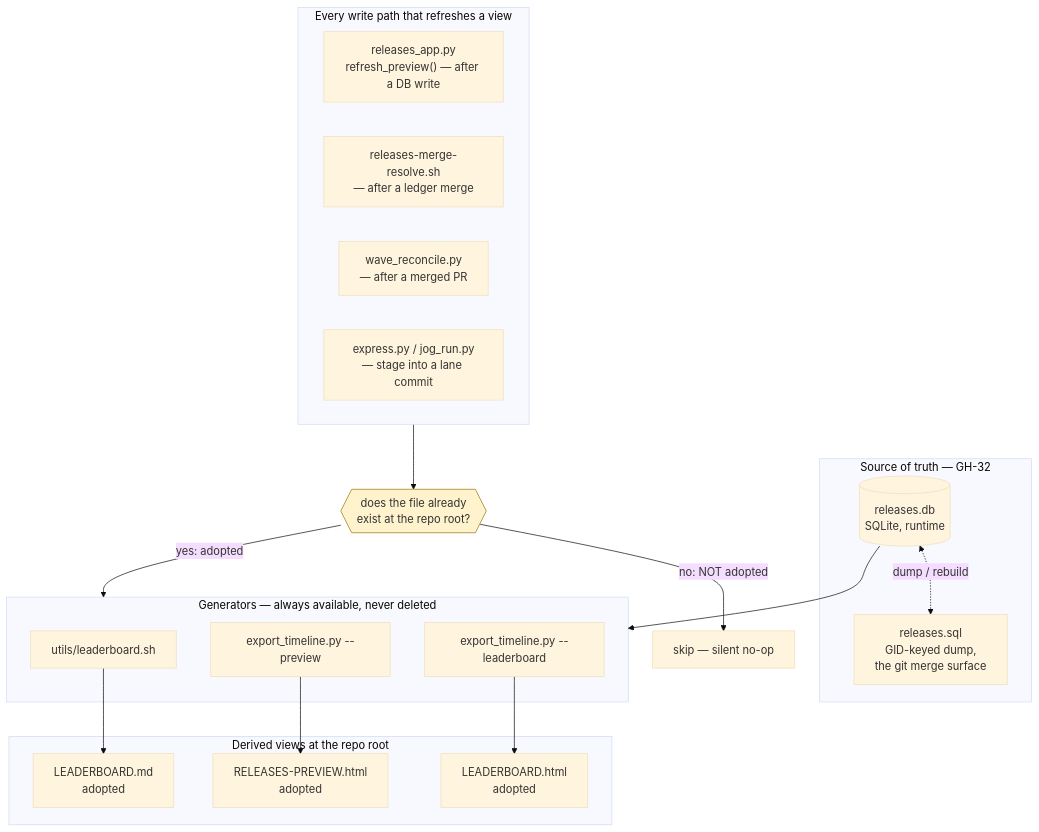
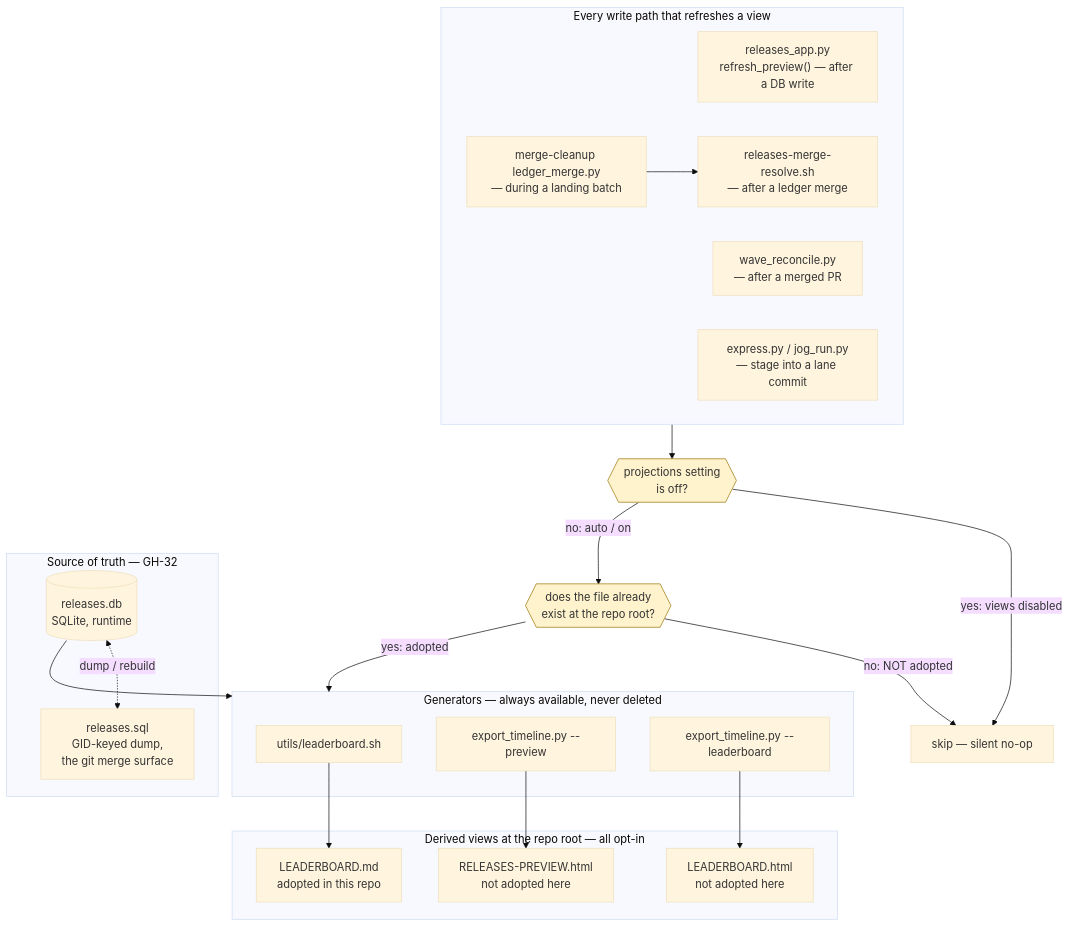
One commit to HiQS-Labs/XYZ-forge changed the diagram in ARCHITECTURE.md. Above: the diagram before and after it, drawn with Mermaid (base theme). The commit also changed other lines of this file and 2 other files, not shown here.

Commit message:
docs(architecture): refresh ledger diagrams for projections switch and merge-cleanup path
The inline mermaid diagram and the ledger pan-and-zoom map now show the
projections setting (off disables every view refresh) in front of the
presence gate, the merge-cleanup ledger_merge.py write path, and which
root views this repo actually adopts.

````diff
--- a/ARCHITECTURE.md
+++ b/ARCHITECTURE.md
@@ -431,39 +433,45 @@
 ```mermaid
 flowchart TD
     subgraph truth["Source of truth — GH-32"]
         DB[("releases.db<br/>SQLite, runtime")]
         SQL["releases.sql<br/>GID-keyed dump,<br/>the git merge surface"]
         DB <-. "dump / rebuild" .-> SQL
     end
 
     subgraph gens["Generators — always available, never deleted"]
         G2["utils/leaderboard.sh"]
         G3["export_timeline.py --preview"]
         G4["export_timeline.py --leaderboard"]
     end
 
-    subgraph views["Derived views at the repo root"]
-        V2["LEADERBOARD.md<br/>adopted"]
-        V3["RELEASES-PREVIEW.html<br/>adopted"]
-        V4["LEADERBOARD.html<br/>adopted"]
+    subgraph views["Derived views at the repo root — all opt-in"]
+        V2["LEADERBOARD.md<br/>adopted in this repo"]
+        V3["RELEASES-PREVIEW.html<br/>not adopted here"]
+        V4["LEADERBOARD.html<br/>not adopted here"]
     end
 
     subgraph consumers["Every write path that refreshes a view"]
         C1["releases_app.py<br/>refresh_preview() — after a DB write"]
         C2["releases-merge-resolve.sh<br/>— after a ledger merge"]
+        C2a["merge-cleanup ledger_merge.py<br/>— during a landing batch"]
         C3["wave_reconcile.py<br/>— after a merged PR"]
         C4["express.py / jog_run.py<br/>— stage into a lane commit"]
     end
 
+    SWITCH{{"projections setting<br/>is off?"}}
     GATE{{"does the file already<br/>exist at the repo root?"}}
 
     DB --> gens
-    consumers --> GATE
-    GATE -- "no: NOT adopted" --> SKIP["skip — silent no-op"]
+    C2a --> C2
+    consumers --> SWITCH
+    SWITCH -- "yes: views disabled" --> SKIP["skip — silent no-op"]
+    SWITCH -- "no: auto / on" --> GATE
+    GATE -- "no: NOT adopted" --> SKIP
     GATE -- "yes: adopted" --> gens
     G2 --> V2
     G3 --> V3
     G4 --> V4
 
+    style SWITCH fill:#fff3cd,stroke:#997404
     style GATE fill:#fff3cd,stroke:#997404
 ```
````
